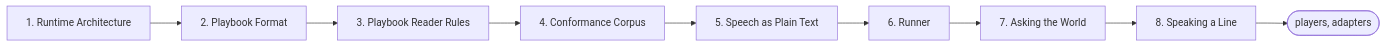
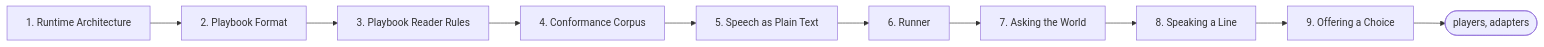
One commit to pengzhengyi/dialoguedown changed the second of 3 diagrams in docs/contributing/design-notes/README.md. Above: the diagram before and after it, drawn with Mermaid. The commit also changed other lines of this file and 112 other files, not shown here.

````diff
--- a/docs/contributing/design-notes/README.md
+++ b/docs/contributing/design-notes/README.md
@@ -109,11 +109,12 @@
 ```mermaid
 flowchart LR
     RA["1. Runtime Architecture"] --> PF["2. Playbook Format"]
     PF --> RR["3. Playbook Reader Rules"]
     RR --> CC["4. Conformance Corpus"]
     CC --> SPT["5. Speech as Plain Text"]
     SPT --> RN["6. Runner"]
     RN --> AW["7. Asking the World"]
     AW --> SL["8. Speaking a Line"]
-    SL --> RUN(["players, adapters"])
+    SL --> OC["9. Offering a Choice"]
+    OC --> RUN(["players, adapters"])
 ```
````
